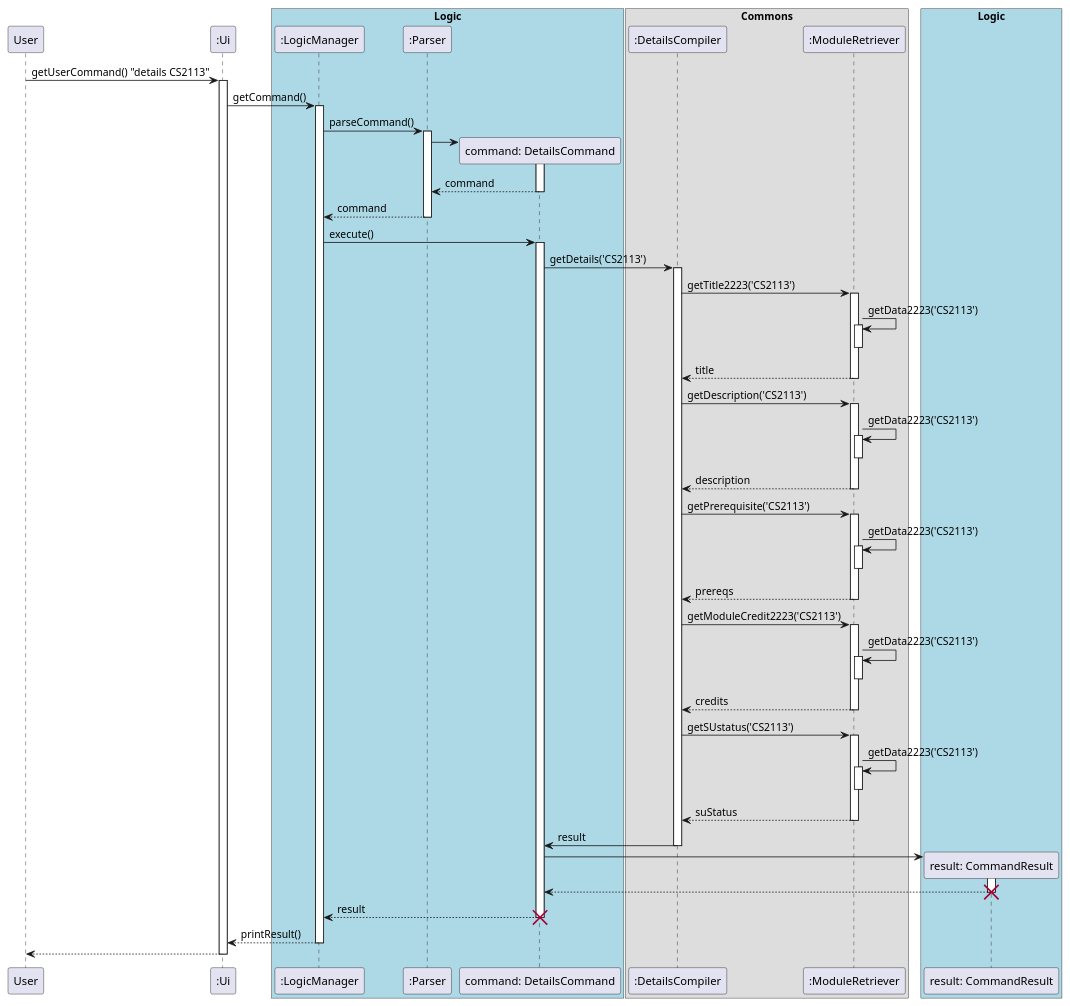
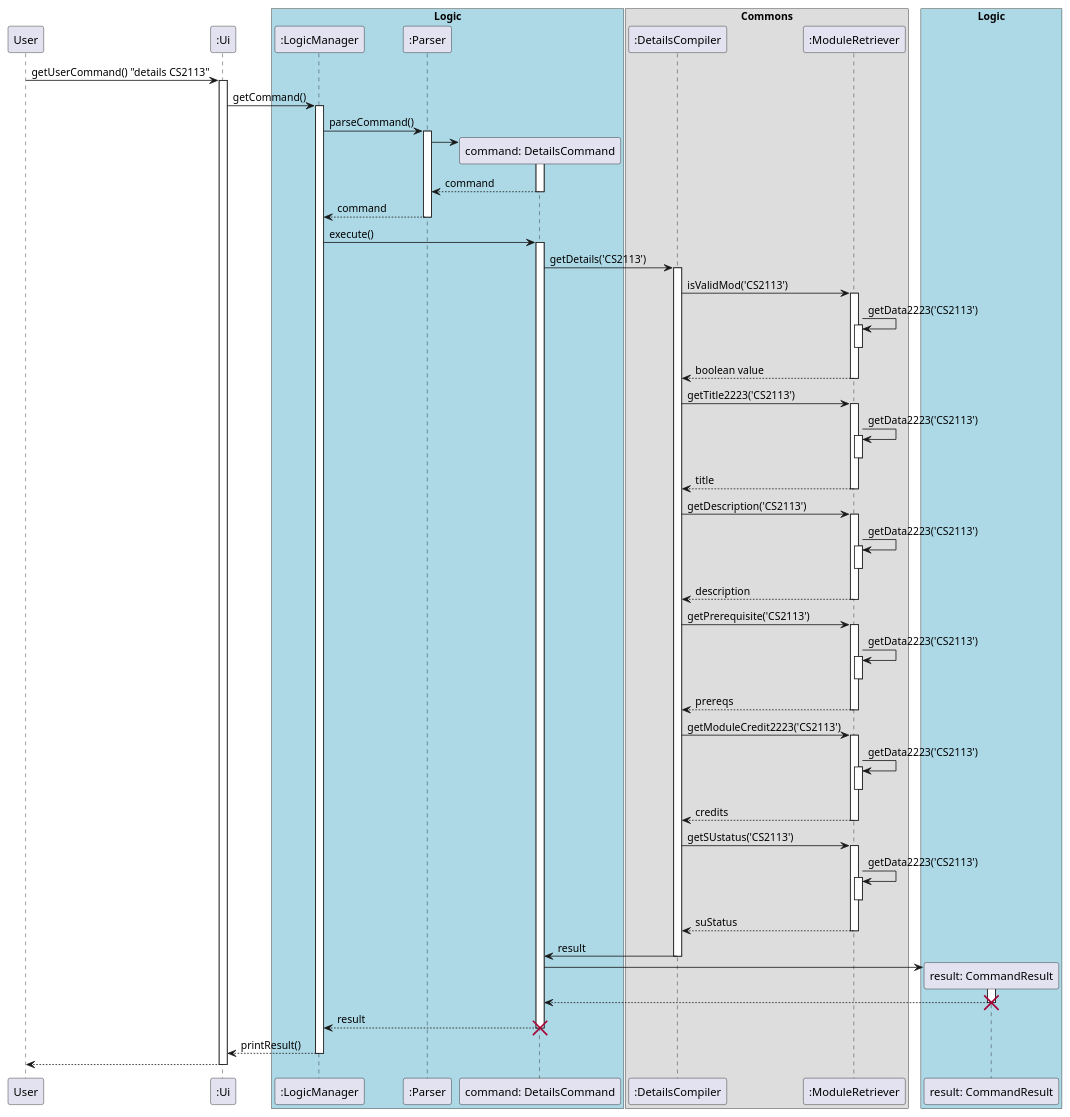
One commit to sriram-senthilkr/tp changed the diagram in docs/uml/sourcecode/DetailsSequence.puml. Above: the diagram before and after it, drawn with PlantUML. The commit also changed 5 other files, not shown here.

```diff
--- a/docs/uml/sourcecode/DetailsSequence.puml
+++ b/docs/uml/sourcecode/DetailsSequence.puml
@@ -1,115 +1,123 @@
 @startuml
 participant User
 participant ":Ui" as Ui
 
 box "Logic" #LightBlue
 participant ":LogicManager" as LogicManager
 participant ":Parser" as Parser
 participant "command: DetailsCommand" as DetailsCommand
 box "Commons"
 participant ":DetailsCompiler" as DetailsCompiler
 participant ":ModuleRetriever" as ModuleRetriever
 end box
 participant "result: CommandResult" as CommandResult
 end box
 
 box "Model" #LightPink
 
 end box
 
 
 User -> Ui: getUserCommand() "details CS2113"
 activate Ui
 
 Ui -> LogicManager: getCommand()
 activate LogicManager
 
 LogicManager -> Parser: parseCommand()
 activate Parser
 
 create DetailsCommand
 Parser -> DetailsCommand
 activate DetailsCommand
 
 DetailsCommand --> Parser: command
 deactivate DetailsCommand
 
 Parser --> LogicManager: command
 deactivate Parser
 
 
 LogicManager -> DetailsCommand: execute()
 activate DetailsCommand
 
 
 
 
 
 
 DetailsCommand -> DetailsCompiler: getDetails('CS2113')
 activate DetailsCompiler
+
+DetailsCompiler -> ModuleRetriever: isValidMod('CS2113')
+activate ModuleRetriever
+ModuleRetriever -> ModuleRetriever: getData2223('CS2113')
+activate ModuleRetriever
+deactivate ModuleRetriever
+ModuleRetriever --> DetailsCompiler: boolean value
+deactivate ModuleRetriever
 
 DetailsCompiler -> ModuleRetriever: getTitle2223('CS2113')
 activate ModuleRetriever
 ModuleRetriever -> ModuleRetriever: getData2223('CS2113')
 activate ModuleRetriever
 deactivate ModuleRetriever
 ModuleRetriever --> DetailsCompiler: title
 deactivate ModuleRetriever
 
 DetailsCompiler -> ModuleRetriever: getDescription('CS2113')
 activate ModuleRetriever
 ModuleRetriever -> ModuleRetriever: getData2223('CS2113')
 activate ModuleRetriever
 deactivate ModuleRetriever
 ModuleRetriever --> DetailsCompiler: description
 deactivate ModuleRetriever
 
 
 DetailsCompiler -> ModuleRetriever: getPrerequisite('CS2113')
 activate ModuleRetriever
 ModuleRetriever -> ModuleRetriever: getData2223('CS2113')
 activate ModuleRetriever
 deactivate ModuleRetriever
 ModuleRetriever --> DetailsCompiler: prereqs
 deactivate ModuleRetriever
 
 
 DetailsCompiler -> ModuleRetriever: getModuleCredit2223('CS2113')
 activate ModuleRetriever
 ModuleRetriever -> ModuleRetriever: getData2223('CS2113')
 activate ModuleRetriever
 deactivate ModuleRetriever
 ModuleRetriever --> DetailsCompiler: credits
 deactivate ModuleRetriever
 
 DetailsCompiler -> ModuleRetriever: getSUstatus('CS2113')
 activate ModuleRetriever
 ModuleRetriever -> ModuleRetriever: getData2223('CS2113')
 activate ModuleRetriever
 deactivate ModuleRetriever
 ModuleRetriever --> DetailsCompiler: suStatus
 deactivate ModuleRetriever
 
 DetailsCompiler -> DetailsCommand: result
 deactivate DetailsCompiler
 
 create CommandResult
 DetailsCommand -> CommandResult
 activate CommandResult
 CommandResult --> DetailsCommand
 deactivate CommandResult
 destroy CommandResult
 
 DetailsCommand --> LogicManager: result
 deactivate DetailsCommand
 destroy DetailsCommand
 
 LogicManager --> Ui: printResult()
 deactivate LogicManager
 
 Ui --> User
 deactivate Ui
 
 
 @enduml
```
